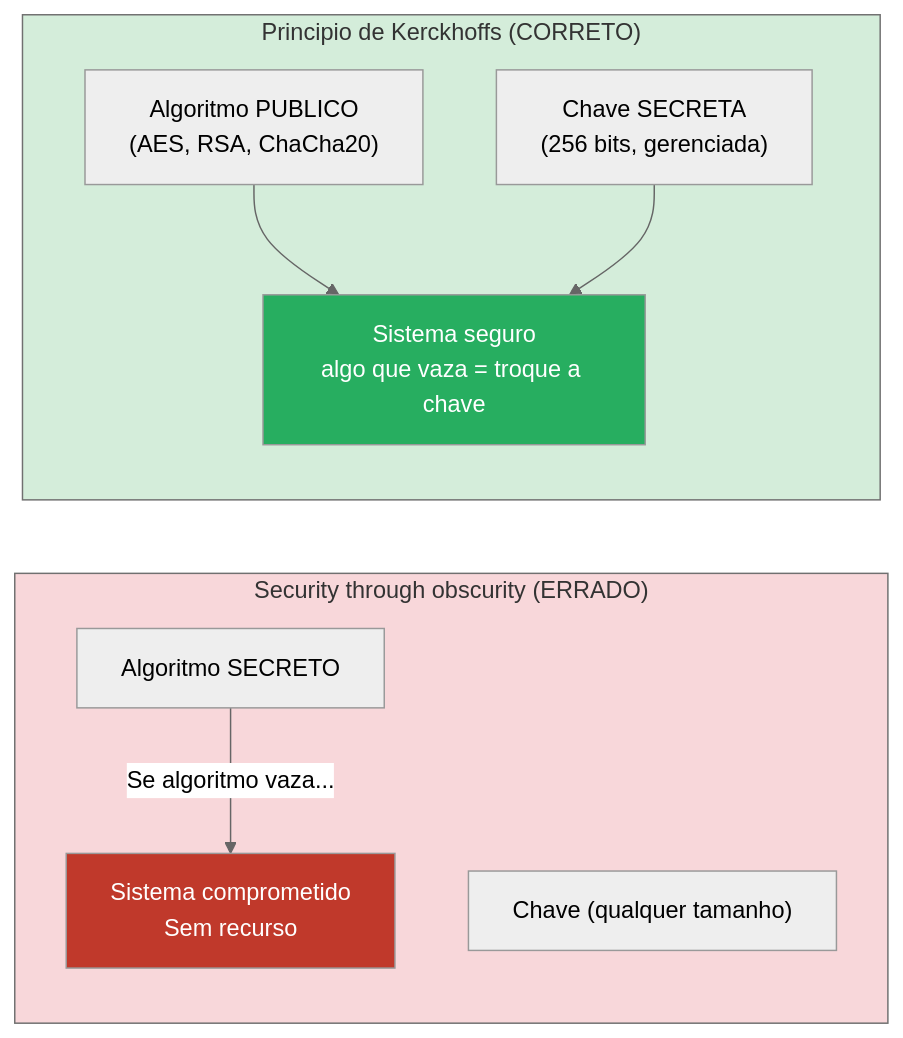
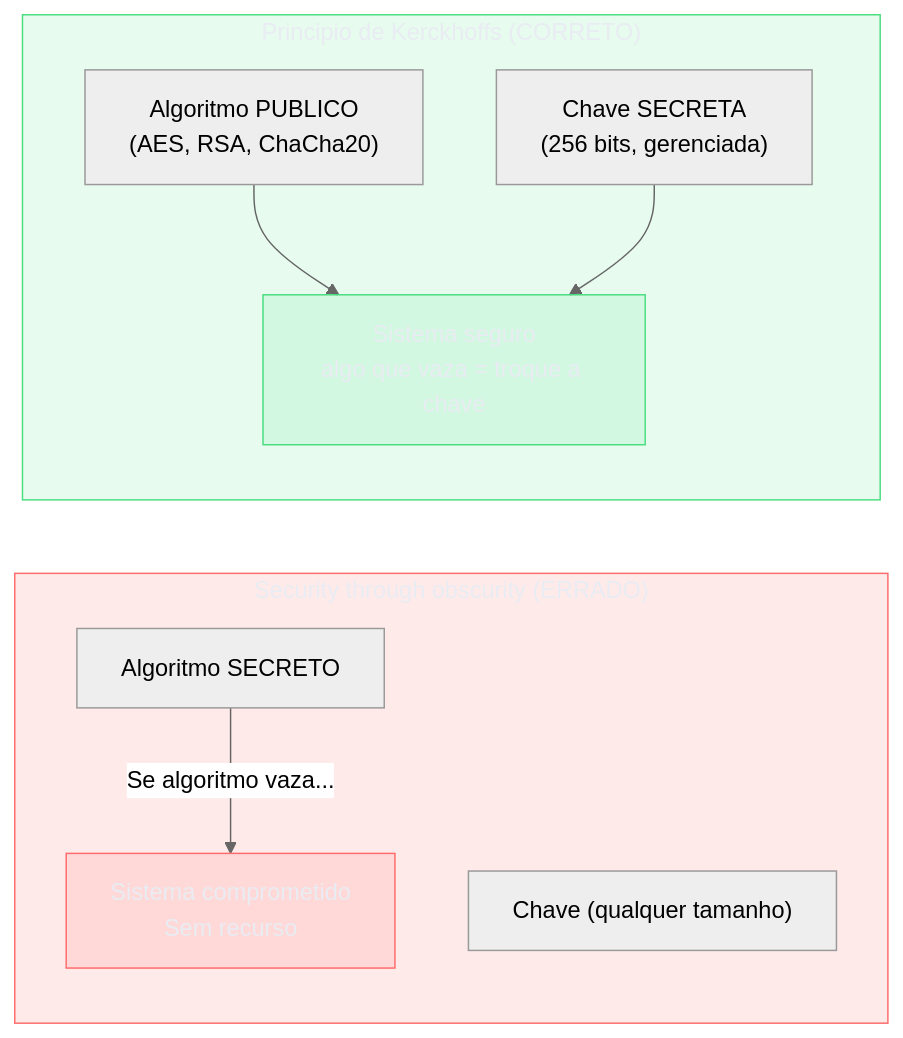
One commit to josenaldo/codex-technomanticus changed the sixth of 7 diagrams in 03-Dominios/Engenharia/Segurança/04 - Princípios de design seguro.md. Above: the diagram before and after it, drawn with Mermaid (neutral theme). The commit also changed other lines of this file and 1181 other files, not shown here.

First line of the commit message:
fix(diagramas): paleta do sistema no lugar de cor cravada no markdown

````diff
--- a/03-Dominios/Engenharia/Segurança/04 - Princípios de design seguro.md
+++ b/03-Dominios/Engenharia/Segurança/04 - Princípios de design seguro.md
@@ -297,20 +305,22 @@
 ```mermaid
 graph LR
+    classDef falha fill:#FF6B6B24,stroke:#FF6B6B,color:#E9ECF2
+    classDef ok fill:#4ADE8021,stroke:#4ADE80,color:#E9ECF2
     subgraph OBSCURIDADE ["Security through obscurity (ERRADO)"]
         OA["Algoritmo SECRETO"]
         OK["Chave (qualquer tamanho)"]
         OA -->|"Se algoritmo vaza..."| OBREACH["Sistema comprometido\nSem recurso"]
     end
 
     subgraph KERCKHOFFS ["Principio de Kerckhoffs (CORRETO)"]
         KA["Algoritmo PUBLICO\n(AES, RSA, ChaCha20)"]
         KK["Chave SECRETA\n(256 bits, gerenciada)"]
         KA --> KSAFE["Sistema seguro\nalgo que vaza = troque a chave"]
         KK --> KSAFE
     end
 
-    style OBSCURIDADE fill:#f8d7da
-    style KERCKHOFFS fill:#d4edda
-    style OBREACH fill:#c0392b,color:#fff
-    style KSAFE fill:#27ae60,color:#fff
+    class OBSCURIDADE falha
+    class KERCKHOFFS ok
+    class OBREACH falha
+    class KSAFE ok
 ```
````
